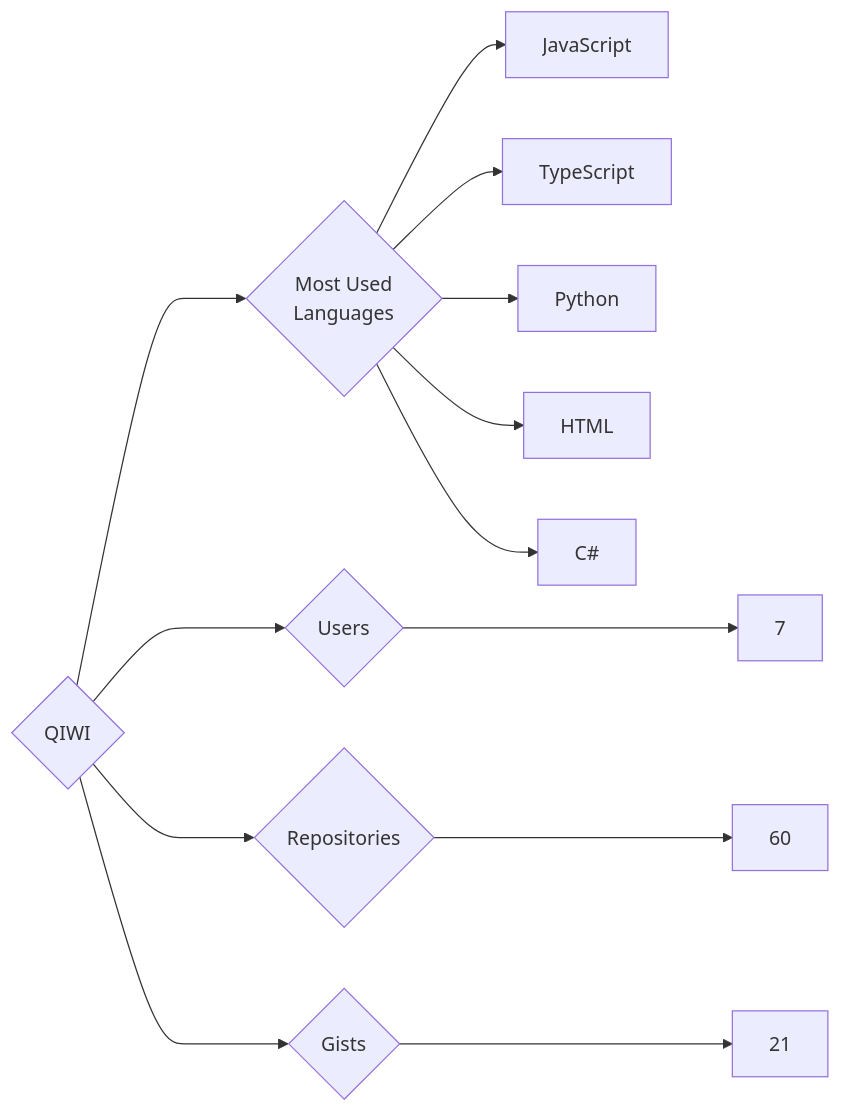
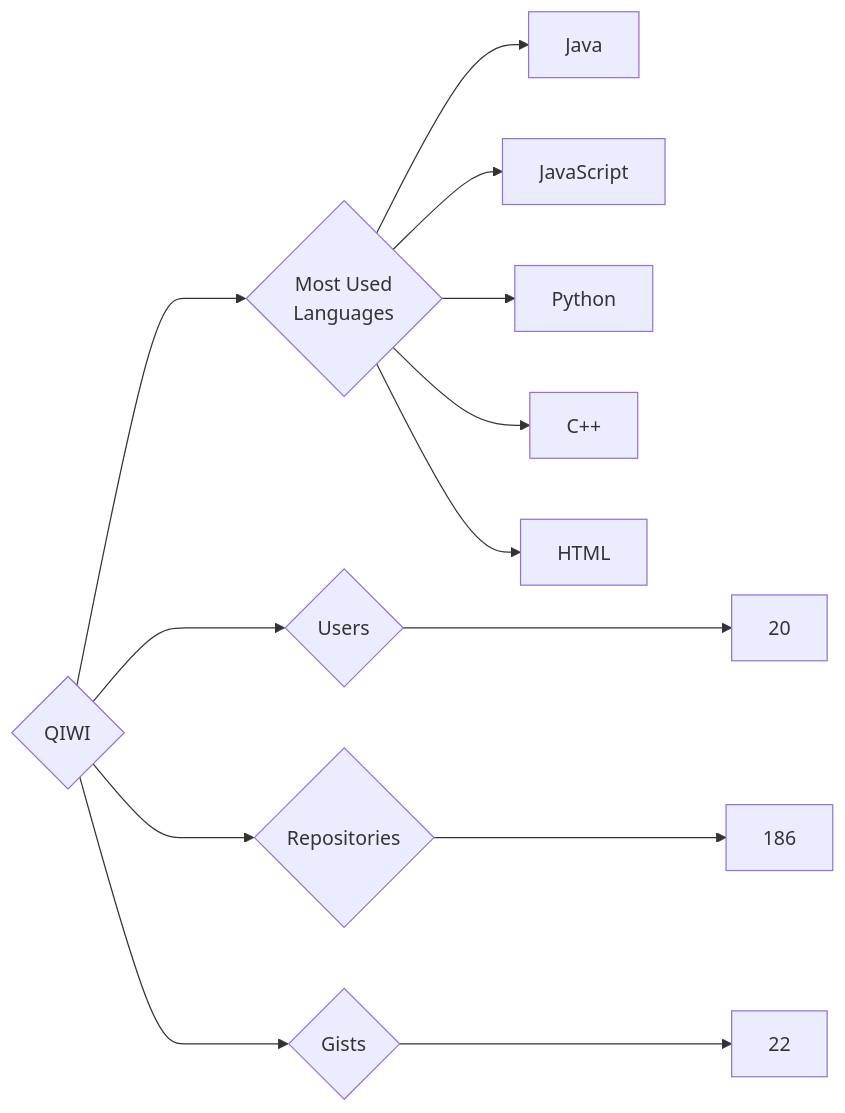
The diagram in targets/QIWI/README.md (trickest/insiders), drawn with Mermaid before and after one commit. The commit also changed 806 other files, not shown here.

````diff
--- a/targets/QIWI/README.md
+++ b/targets/QIWI/README.md
@@ -3,13 +3,13 @@
 ```mermaid
 graph LR
 COMPANY_NAME{QIWI}
-COMPANY_NAME ---> U{Users} ---> UN[7]
-COMPANY_NAME ---> R{Repositories} ---> RN[60]
-COMPANY_NAME ---> G{Gists} ---> GN[21]
+COMPANY_NAME ---> U{Users} ---> UN[20]
+COMPANY_NAME ---> R{Repositories} ---> RN[186]
+COMPANY_NAME ---> G{Gists} ---> GN[22]
 COMPANY_NAME ---> ML{Most Used<br>Languages}
+ML --> Java[Java]
 ML --> JavaScript[JavaScript]
-ML --> TypeScript[TypeScript]
 ML --> Python[Python]
+ML --> C++[C++]
 ML --> HTML[HTML]
-ML --> C#[C#]
 ```
````
